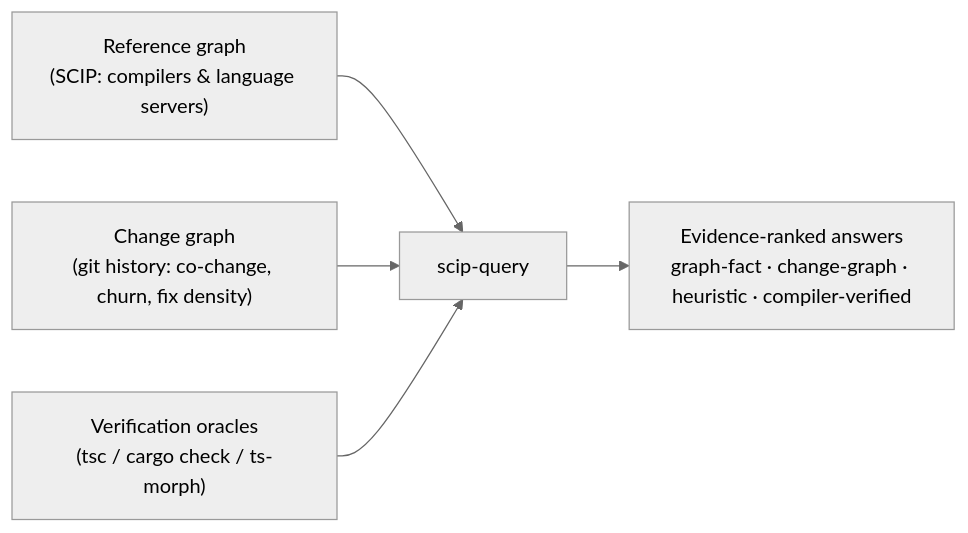
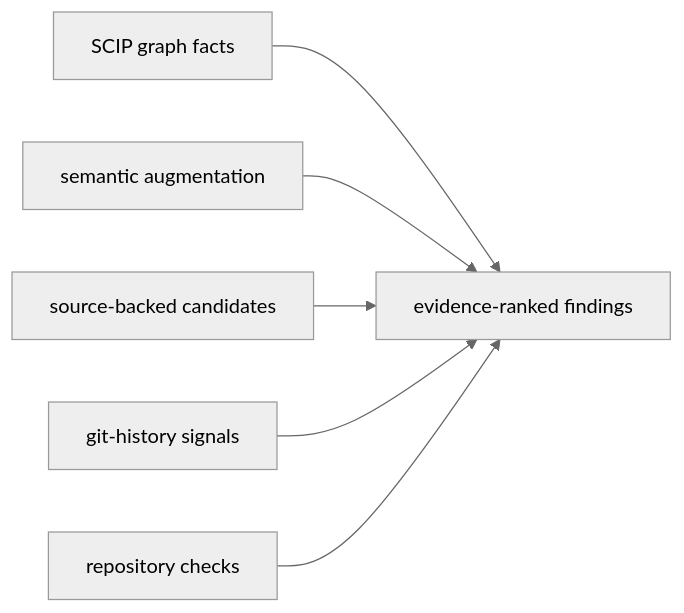
One commit to PlunderStruck/scip-query changed the diagram in README.md. Above: the diagram before and after it, drawn with Mermaid (neutral theme). The commit also changed other lines of this file and 67 other files, not shown here.

````diff
--- a/README.md
+++ b/README.md
@@ -56,7 +70,8 @@
 ```mermaid
 flowchart LR
-  A["Reference graph<br/>(SCIP: compilers & language servers)"] --> D["scip-query"]
-  B["Change graph<br/>(git history: co-change, churn, fix density)"] --> D
-  C["Verification oracles<br/>(tsc / cargo check / ts-morph)"] --> D
-  D --> E["Evidence-ranked answers<br/>graph-fact · change-graph · heuristic · compiler-verified"]
+  A["SCIP graph facts"] --> F["evidence-ranked findings"]
+  B["semantic augmentation"] --> F
+  C["source-backed candidates"] --> F
+  D["git-history signals"] --> F
+  E["repository checks"] --> F
 ```
````
